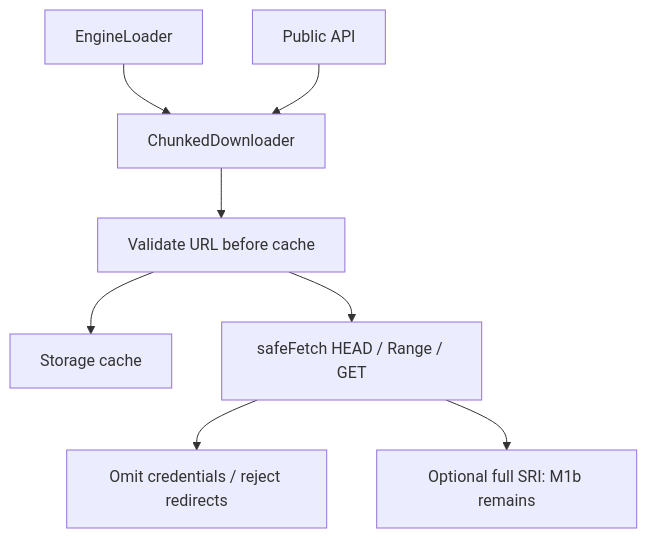
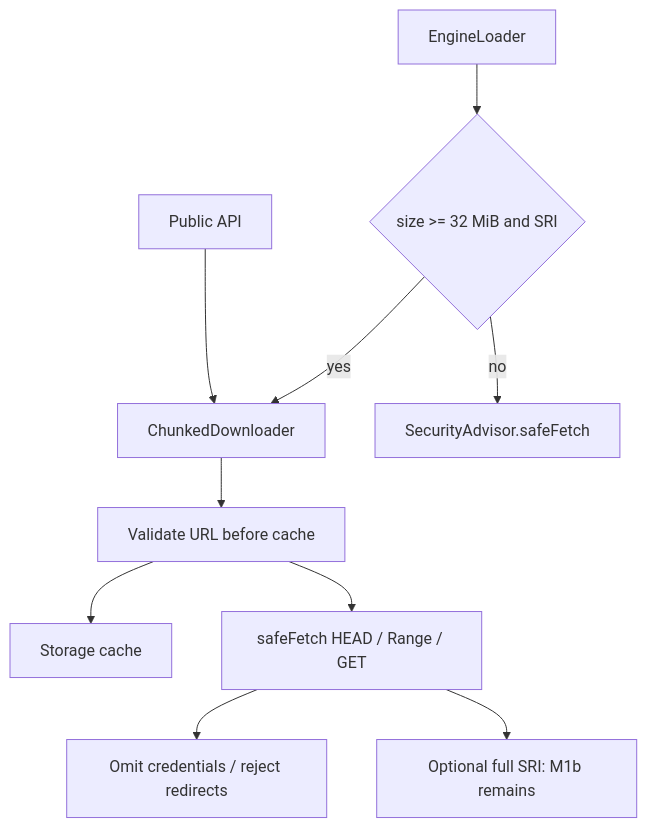
One commit to hdkz-dev/multi-game-engines changed the first of 3 diagrams in docs/ARCHITECTURE.md. Above: the diagram before and after it, drawn with Mermaid. The commit also changed 5 other files, not shown here.

````diff
--- a/docs/ARCHITECTURE.md
+++ b/docs/ARCHITECTURE.md
@@ -38,10 +38,12 @@
 ```mermaid
 flowchart TD
-    Loader[EngineLoader] --> Downloader[ChunkedDownloader]
+    Loader[EngineLoader] --> Choice{size >= 32 MiB and SRI}
+    Choice -->|yes| Downloader[ChunkedDownloader]
+    Choice -->|no| Ordinary[SecurityAdvisor.safeFetch]
     Direct[Public API] --> Downloader
     Downloader --> Validate[Validate URL before cache]
     Validate --> Cache[Storage cache]
     Validate --> Fetch[safeFetch HEAD / Range / GET]
     Fetch --> Policy[Omit credentials / reject redirects]
     Fetch --> Integrity[Optional full SRI: M1b remains]
 ```
````
